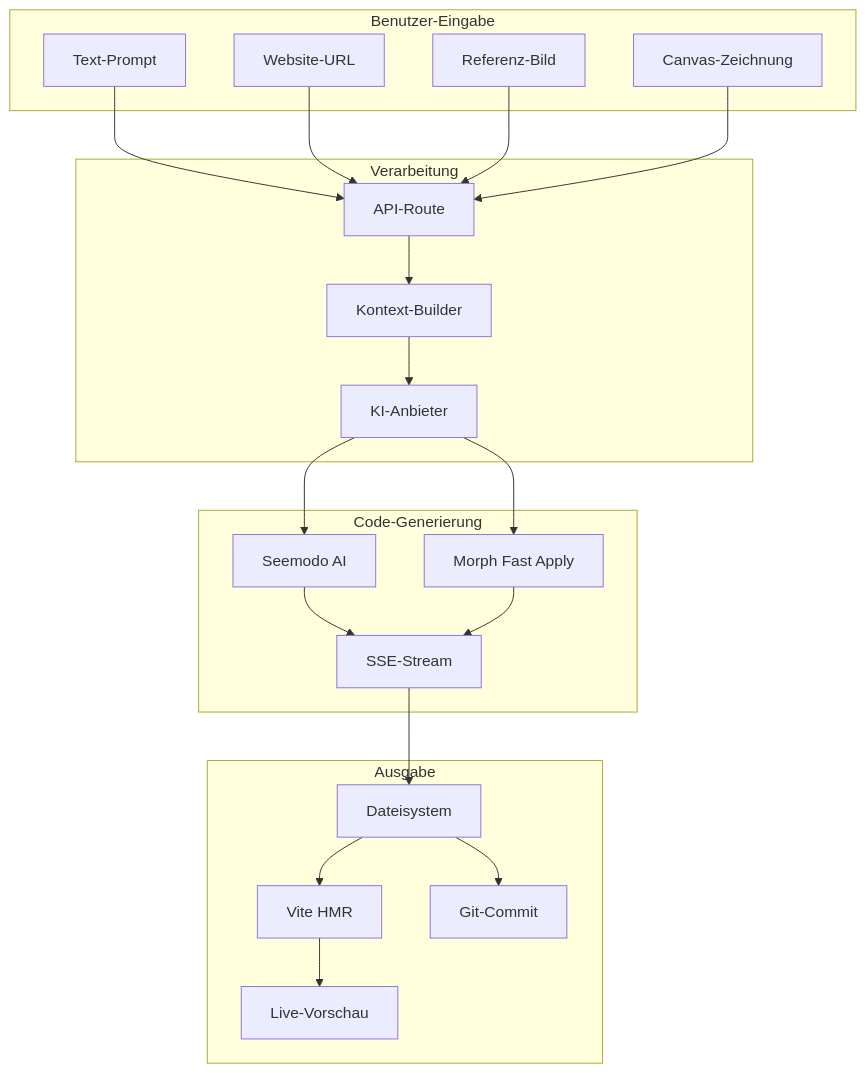
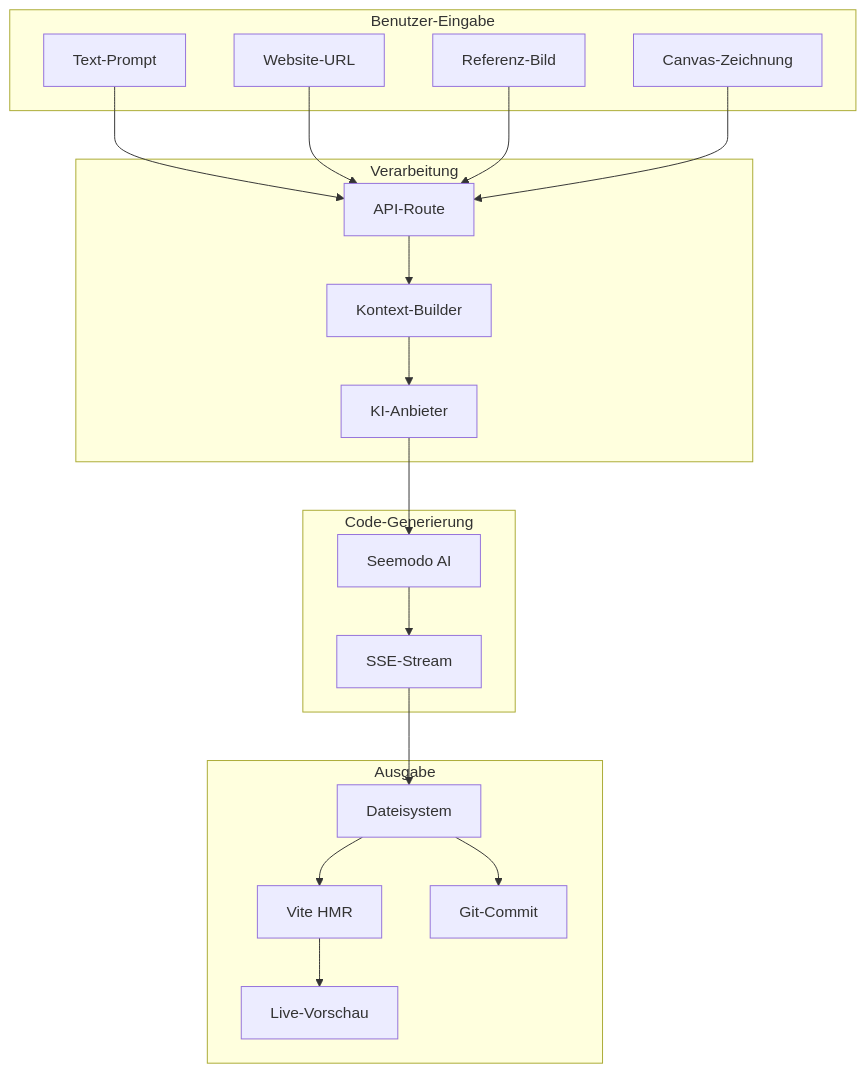
The seventh of 7 diagrams in de/seemodo/architecture.mdx (Seemodo/docs), drawn with Mermaid before and after one commit. The commit also changed other lines of this file and 14 other files, not shown here.

````diff
--- a/de/seemodo/architecture.mdx
+++ b/de/seemodo/architecture.mdx
@@ -268,43 +265,40 @@
 ```mermaid
 flowchart TB
     subgraph UserInput["Benutzer-Eingabe"]
         Prompt["Text-Prompt"]
         URL["Website-URL"]
         Image["Referenz-Bild"]
         Canvas["Canvas-Zeichnung"]
     end
 
     subgraph Processing["Verarbeitung"]
         API["API-Route"]
         Context["Kontext-Builder"]
         AIProvider["KI-Anbieter"]
     end
 
     subgraph Generation["Code-Generierung"]
         SeemodAI["Seemodo AI"]
-        Morph["Morph Fast Apply"]
         Stream["SSE-Stream"]
     end
 
     subgraph Output["Ausgabe"]
         Files["Dateisystem"]
         Vite["Vite HMR"]
         Preview["Live-Vorschau"]
         Git["Git-Commit"]
     end
 
     Prompt --> API
     URL --> API
     Image --> API
     Canvas --> API
     API --> Context
     Context --> AIProvider
     AIProvider --> SeemodAI
-    AIProvider --> Morph
     SeemodAI --> Stream
-    Morph --> Stream
     Stream --> Files
     Files --> Vite
     Vite --> Preview
     Files --> Git
 ```
````
